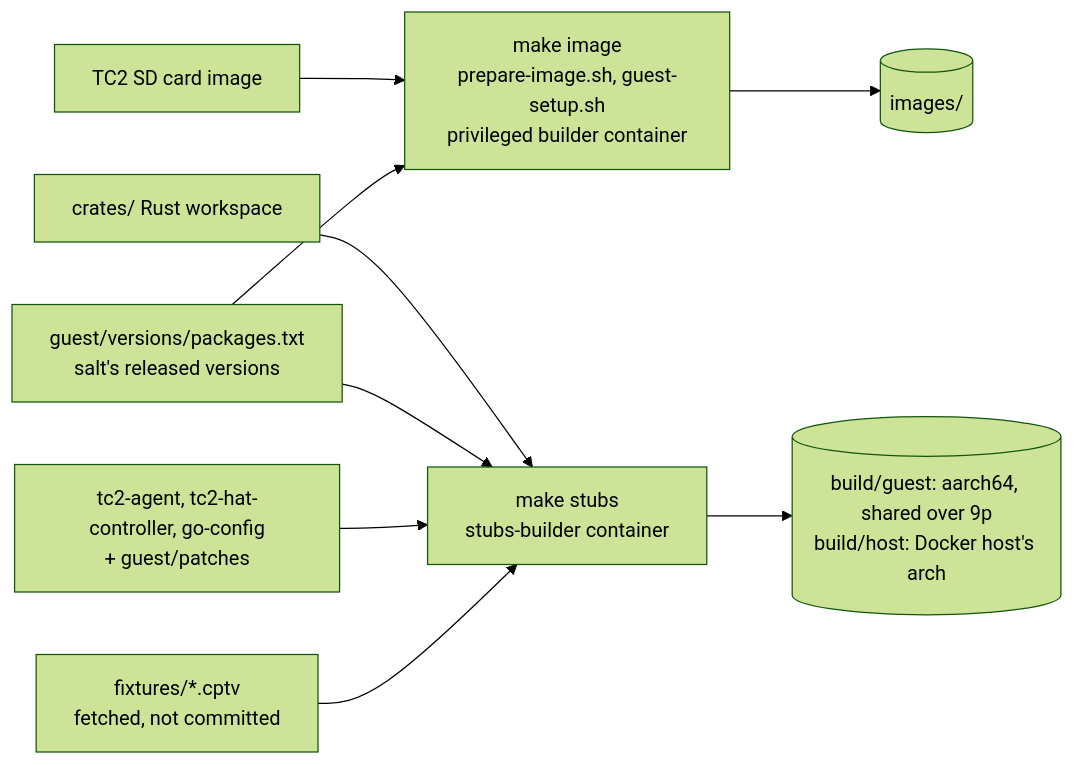
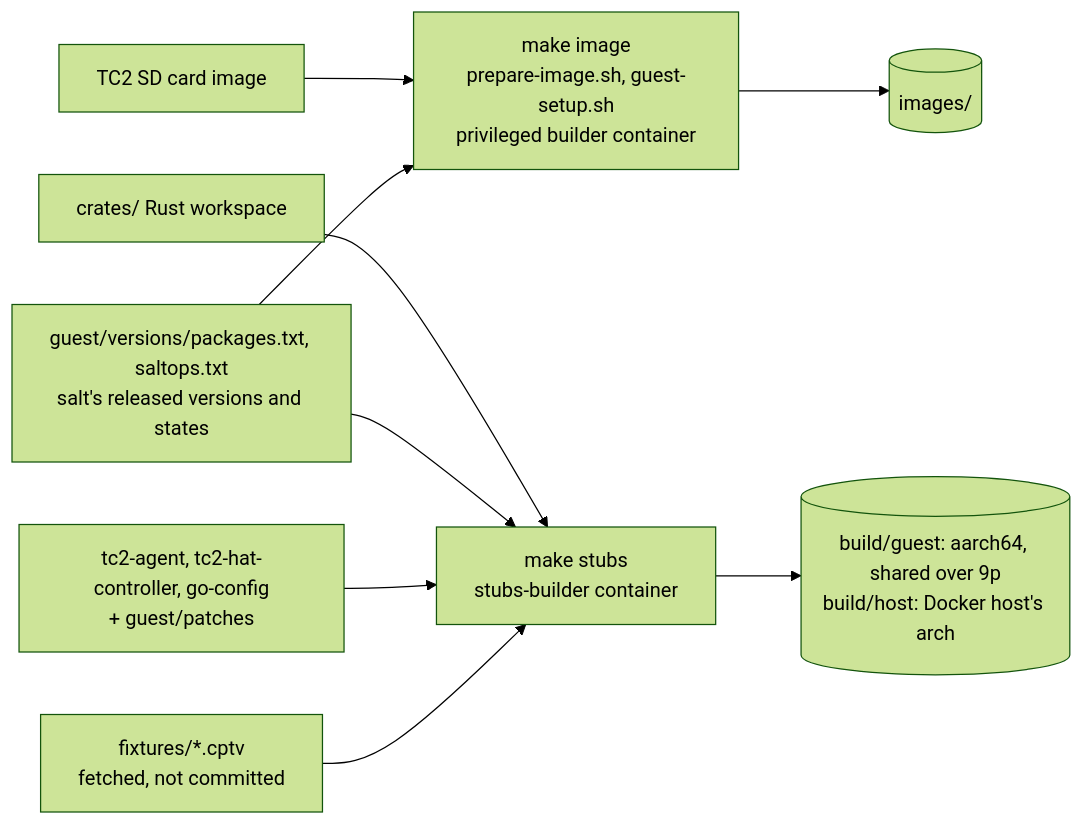
Before and after one commit to TheCacophonyProject/tc2-emulator: the second of 2 diagrams in README.md, drawn with Mermaid (forest theme). The commit also changed other lines of this file and 23 other files, not shown here.

Commit message:
WIP: - Manually update salt state in image. - Make management-interface only start on demand, and replace packr with go native binary embedding, to improve file size, startup time, and memory usage. - Removing other services that take up boot-up time, but aren't used.

````diff
--- a/README.md
+++ b/README.md
@@ -81,12 +81,12 @@
 ```mermaid
 flowchart LR
     sd["TC2 SD card image"] --> image["make image<br/>prepare-image.sh, guest-setup.sh<br/>privileged builder container"]
     image --> images[("images/")]
 
     crates["crates/ Rust workspace"] --> stubs["make stubs<br/>stubs-builder container"]
-    versions["guest/versions/packages.txt<br/>salt's released versions"] --> image
+    versions["guest/versions/packages.txt, saltops.txt<br/>salt's released versions and states"] --> image
     versions --> stubs
     hatsrc["tc2-agent, tc2-hat-controller, go-config<br/>+ guest/patches"] --> stubs
     fixtures["fixtures/*.cptv<br/>fetched, not committed"] --> stubs
     stubs --> build[("build/guest: aarch64, shared over 9p<br/>build/host: Docker host's arch")]
 ```
````
